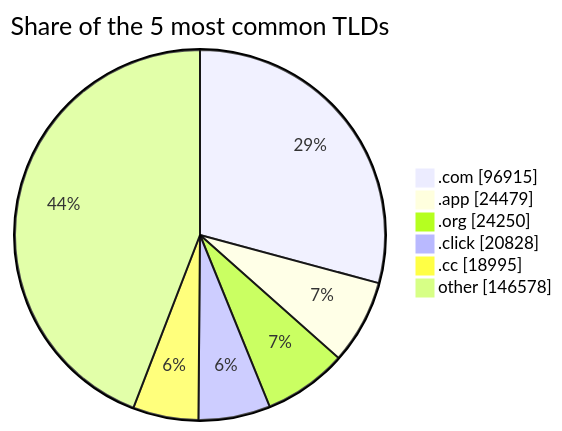
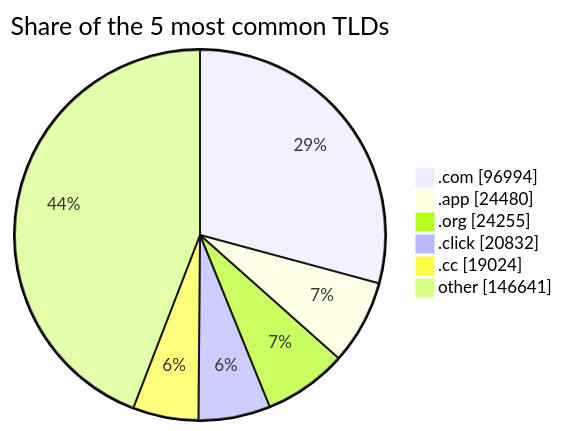
The third of 3 diagrams in README.md (DNSBunker/CTI), drawn with Mermaid before and after one commit. The commit also changed other lines of this file and 4 other files, not shown here.

````diff
--- a/README.md
+++ b/README.md
@@ -81,9 +81,9 @@
 ```mermaid
 pie showData title Share of the 5 most common TLDs
-    ".com" : 96915
-    ".app" : 24479
-    ".org" : 24250
-    ".click" : 20828
-    ".cc" : 18995
-    "other" : 146578
+    ".com" : 96994
+    ".app" : 24480
+    ".org" : 24255
+    ".click" : 20832
+    ".cc" : 19024
+    "other" : 146641
 ```
````
